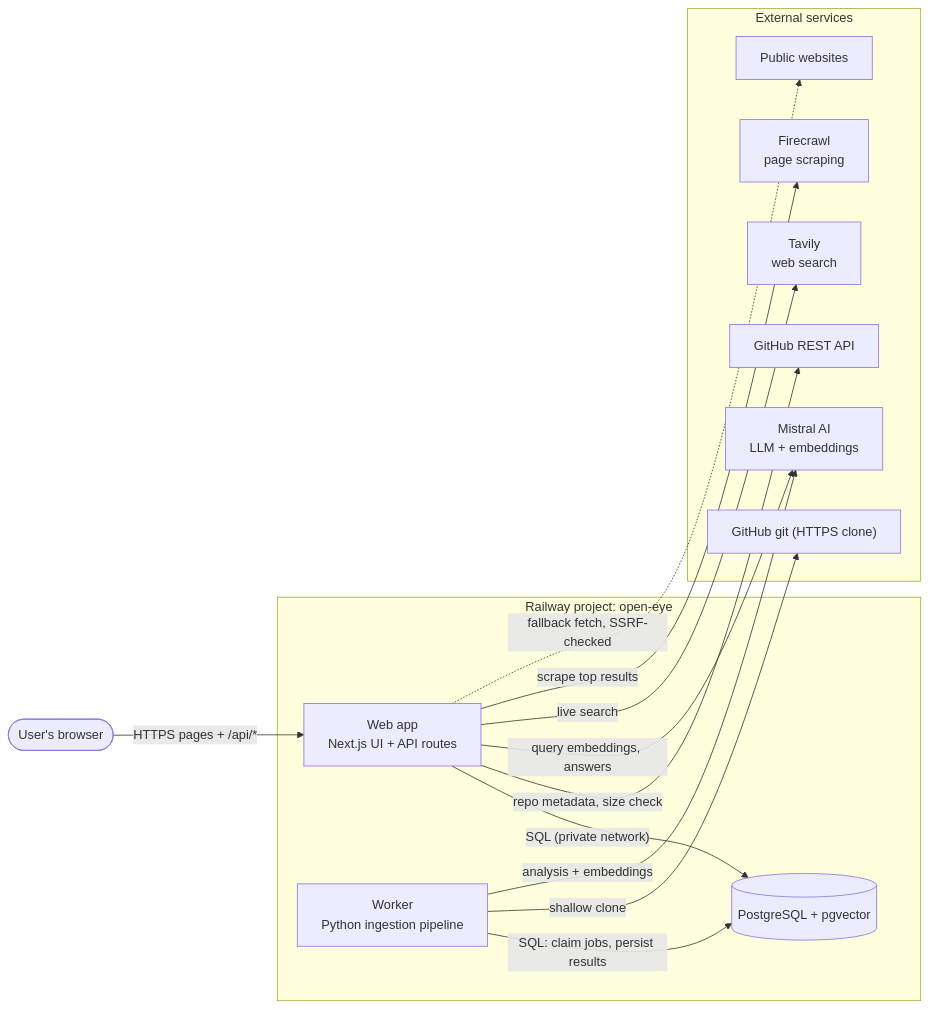
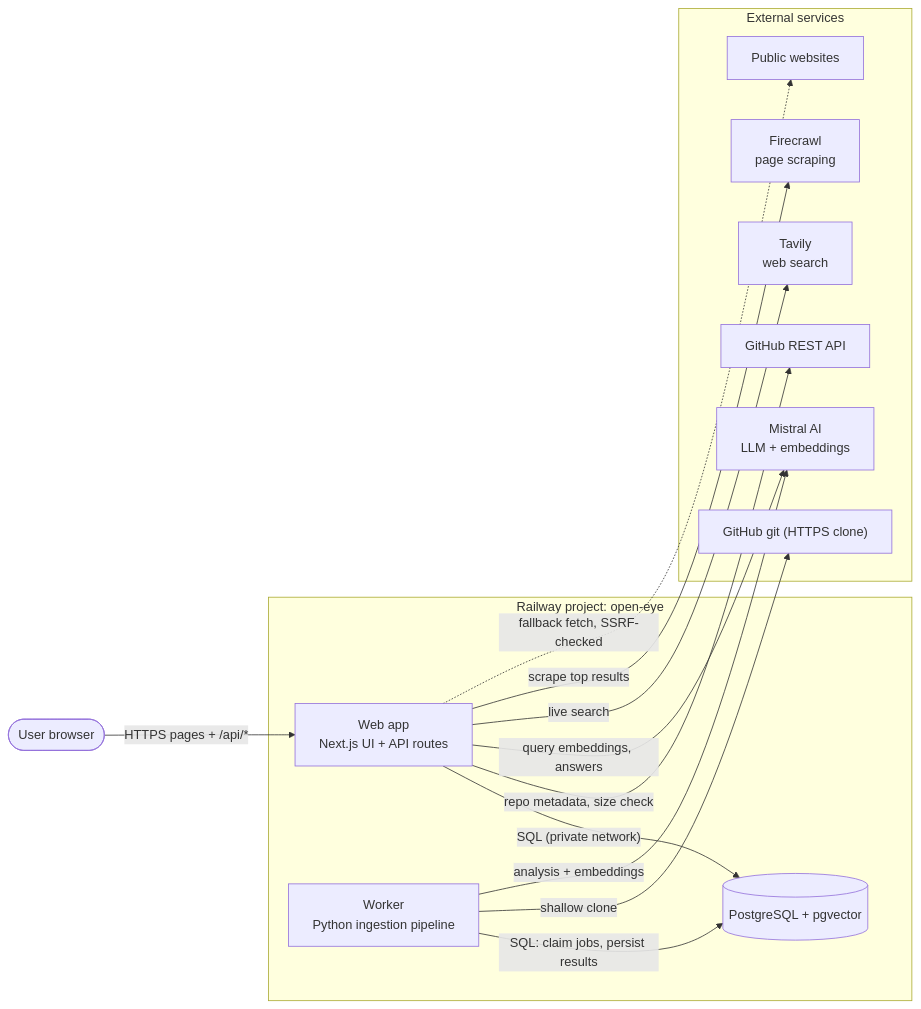
Before and after one commit to priteshvirat24/repo-intelligence: the diagram in README.md, drawn with Mermaid. The commit also changed 1 other file, not shown here.

Commit message:
docs: GitHub-safe Mermaid syntax (pipe edge labels, no apostrophes, <br>)

````diff
--- a/README.md
+++ b/README.md
@@ -93,32 +93,32 @@
 ```mermaid
 flowchart LR
-    U(["User's browser"])
+    U(["User browser"])
 
     subgraph Railway["Railway project: open-eye"]
-        WEB["Web app<br/>Next.js UI + API routes"]
-        WK["Worker<br/>Python ingestion pipeline"]
+        WEB["Web app<br>Next.js UI + API routes"]
+        WK["Worker<br>Python ingestion pipeline"]
         DB[("PostgreSQL + pgvector")]
     end
 
     subgraph Ext["External services"]
         GHAPI["GitHub REST API"]
         GHGIT["GitHub git (HTTPS clone)"]
-        MIS["Mistral AI<br/>LLM + embeddings"]
-        TAV["Tavily<br/>web search"]
-        FC["Firecrawl<br/>page scraping"]
+        MIS["Mistral AI<br>LLM + embeddings"]
+        TAV["Tavily<br>web search"]
+        FC["Firecrawl<br>page scraping"]
         SITES["Public websites"]
     end
 
-    U -- "HTTPS pages + /api/*" --> WEB
-    WEB -- "SQL (private network)" --> DB
-    WK -- "SQL: claim jobs, persist results" --> DB
+    U -->|"HTTPS pages + /api/*"| WEB
+    WEB -->|"SQL (private network)"| DB
+    WK -->|"SQL: claim jobs, persist results"| DB
 
-    WEB -- "repo metadata, size check" --> GHAPI
-    WEB -- "query embeddings, answers" --> MIS
-    WEB -- "live search" --> TAV
-    WEB -- "scrape top results" --> FC
-    WEB -. "fallback fetch, SSRF-checked" .-> SITES
+    WEB -->|"repo metadata, size check"| GHAPI
+    WEB -->|"query embeddings, answers"| MIS
+    WEB -->|"live search"| TAV
+    WEB -->|"scrape top results"| FC
+    WEB -.->|"fallback fetch, SSRF-checked"| SITES
 
-    WK -- "shallow clone" --> GHGIT
-    WK -- "analysis + embeddings" --> MIS
+    WK -->|"shallow clone"| GHGIT
+    WK -->|"analysis + embeddings"| MIS
 ```
````
